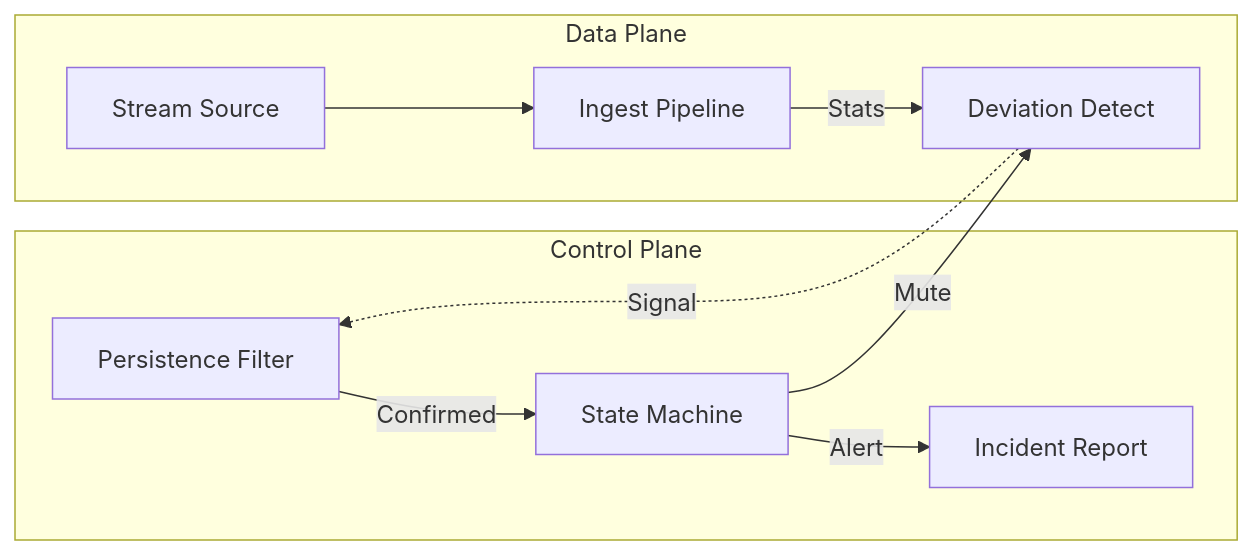
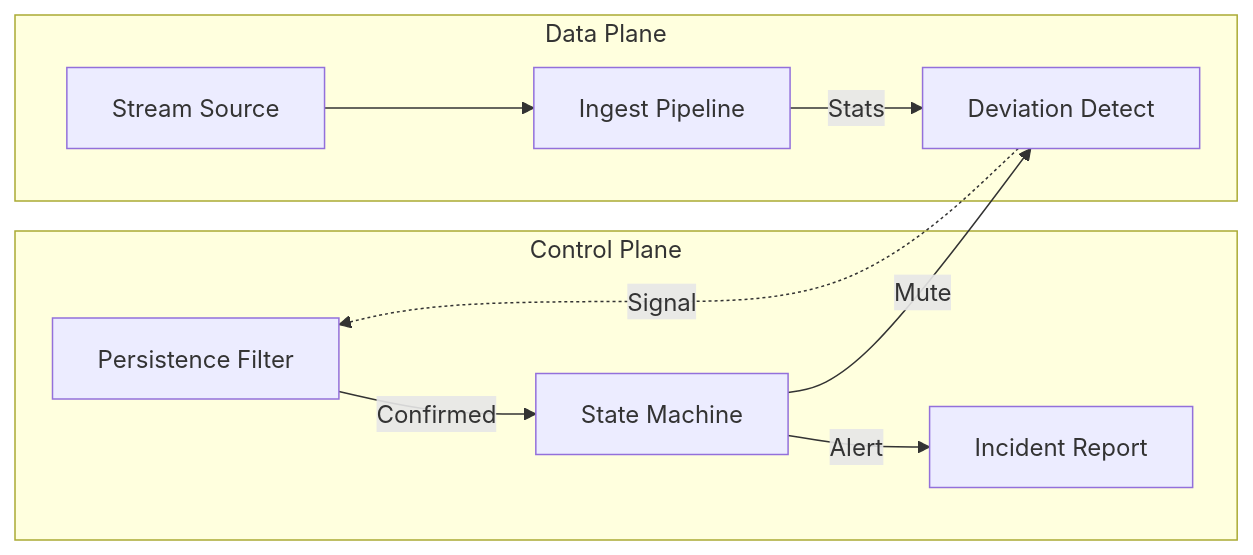
The diagram in README.md (Mihirmaru22/BLACKICE), drawn with Mermaid before and after one commit.

Commit message:
docs: add padding to mermaid subgraph titles

````diff
--- a/README.md
+++ b/README.md
@@ -74,29 +74,29 @@
 ```mermaid
 graph LR
   %% 1. Define Subgraphs
-  subgraph Control["Control Plane"]
+  subgraph Control["Control Plane &nbsp; &nbsp; &nbsp;"]
     PF["Persistence Filter"]
     SM["State Machine"]
     IR["Incident Report"]
   end
 
-  subgraph Data["Data Plane"]
+  subgraph Data["Data Plane &nbsp; &nbsp; &nbsp;"]
     SS["Stream Source"]
     IP["Ingest Pipeline"]
     DD["Deviation Detect"]
   end
 
   %% 2. Data Plane Flow
   SS --> IP
   IP -->|Stats| DD
 
   %% 3. Cross-Layer Signal
   DD -.->|Signal| PF
 
   %% 4. Control Plane Flow
   PF -->|Confirmed| SM
   SM -->|Alert| IR
 
   %% 5. Feedback Loop
   SM -->|Mute| DD
 ```
````
